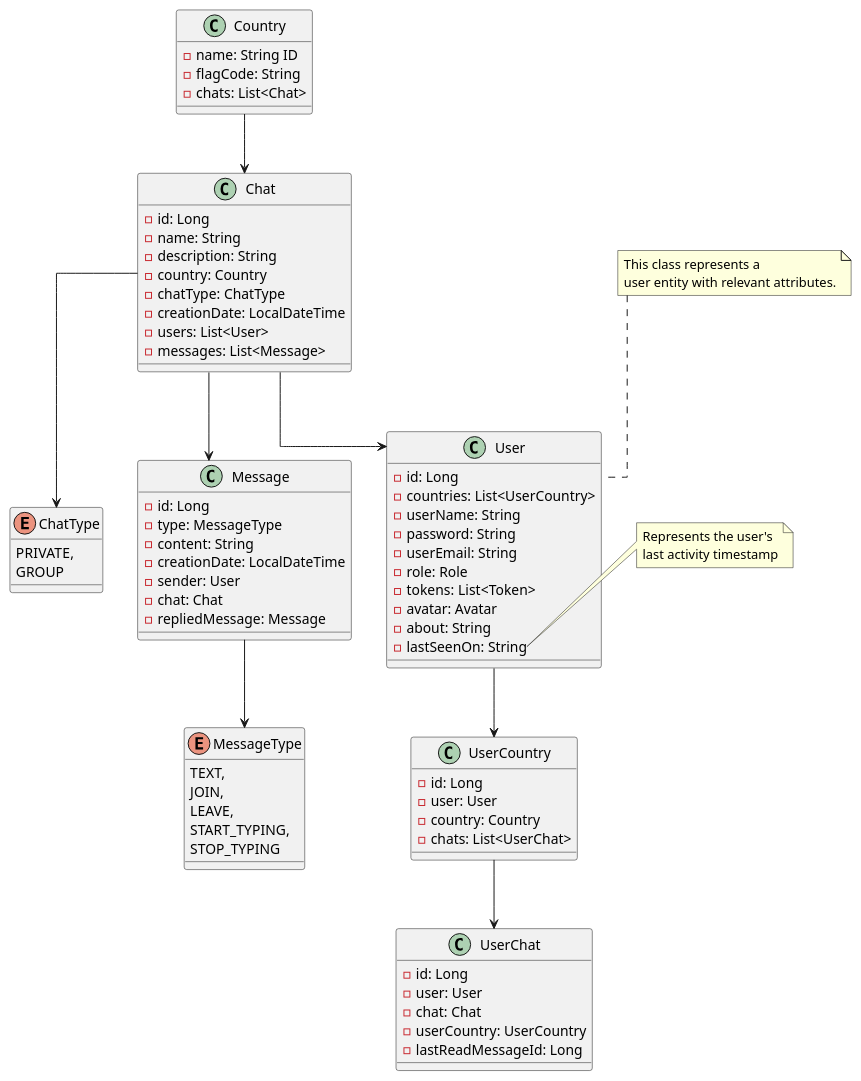
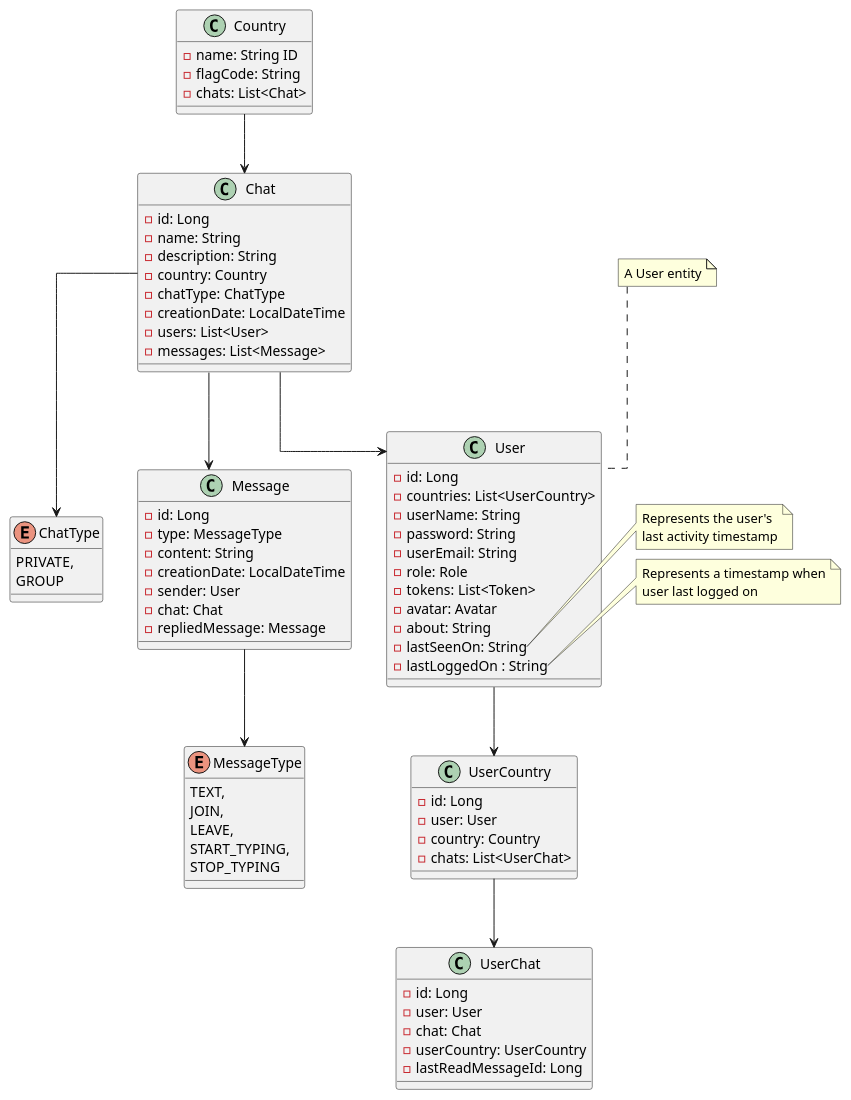
One commit to LiashenkoAndrey/talk-and-travel changed the diagram in docs/userLastSeenFeature/updateClassDiagram.plantuml. Above: the diagram before and after it, drawn with PlantUML. The commit also changed 3 other files, not shown here.

```diff
--- a/docs/userLastSeenFeature/updateClassDiagram.plantuml
+++ b/docs/userLastSeenFeature/updateClassDiagram.plantuml
@@ -1,103 +1,108 @@
 @startuml
 
 skinparam linetype ortho
 
 together {
     User --> UserCountry
 
     UserCountry --> UserChat
 
     together {
 
         Country --> Chat
     }
 
     together {
         Chat --> Message
         Chat --> User
         Chat --> ChatType
         Message --> MessageType
     }
 }
 
 class User {
   - id: Long
   - countries: List<UserCountry>
   - userName: String
   - password: String
   - userEmail: String
   - role: Role
   - tokens: List<Token>
   - avatar: Avatar
   - about: String
   - lastSeenOn: String
+  - lastLoggedOn : String
 }
 
 note top of User
-  This class represents a
-  user entity with relevant attributes.
+  A User entity
 end note
 
 note right of User::lastSeenOn
   Represents the user's
   last activity timestamp
+end note
+
+note right of User::lastLoggedOn
+   Represents a timestamp when
+   user last logged on
 end note
 
 class UserCountry {
   - id: Long
   - user: User
   - country: Country
   - chats: List<UserChat>
 }
 
 class UserChat {
   - id: Long
   - user: User
   - chat: Chat
   - userCountry: UserCountry
   - lastReadMessageId: Long
 }
 
 class Country {
   - name: String ID
   - flagCode: String
   - chats: List<Chat>
 }
 
 class Chat {
   - id: Long
   - name: String
   - description: String
   - country: Country
   - chatType: ChatType
   - creationDate: LocalDateTime
   - users: List<User>
   - messages: List<Message>
 }
 
 enum ChatType {
   PRIVATE,
   GROUP
 }
 
 class Message {
   - id: Long
   - type: MessageType
   - content: String
   - creationDate: LocalDateTime
   - sender: User
   - chat: Chat
   - repliedMessage: Message
 }
 
 enum MessageType {
   TEXT,
   JOIN,
   LEAVE,
   START_TYPING,
   STOP_TYPING
 }
 
 'UserChat "1" *-[#595959,plain]-> "chat\n1" Chat
 
 @enduml
```
